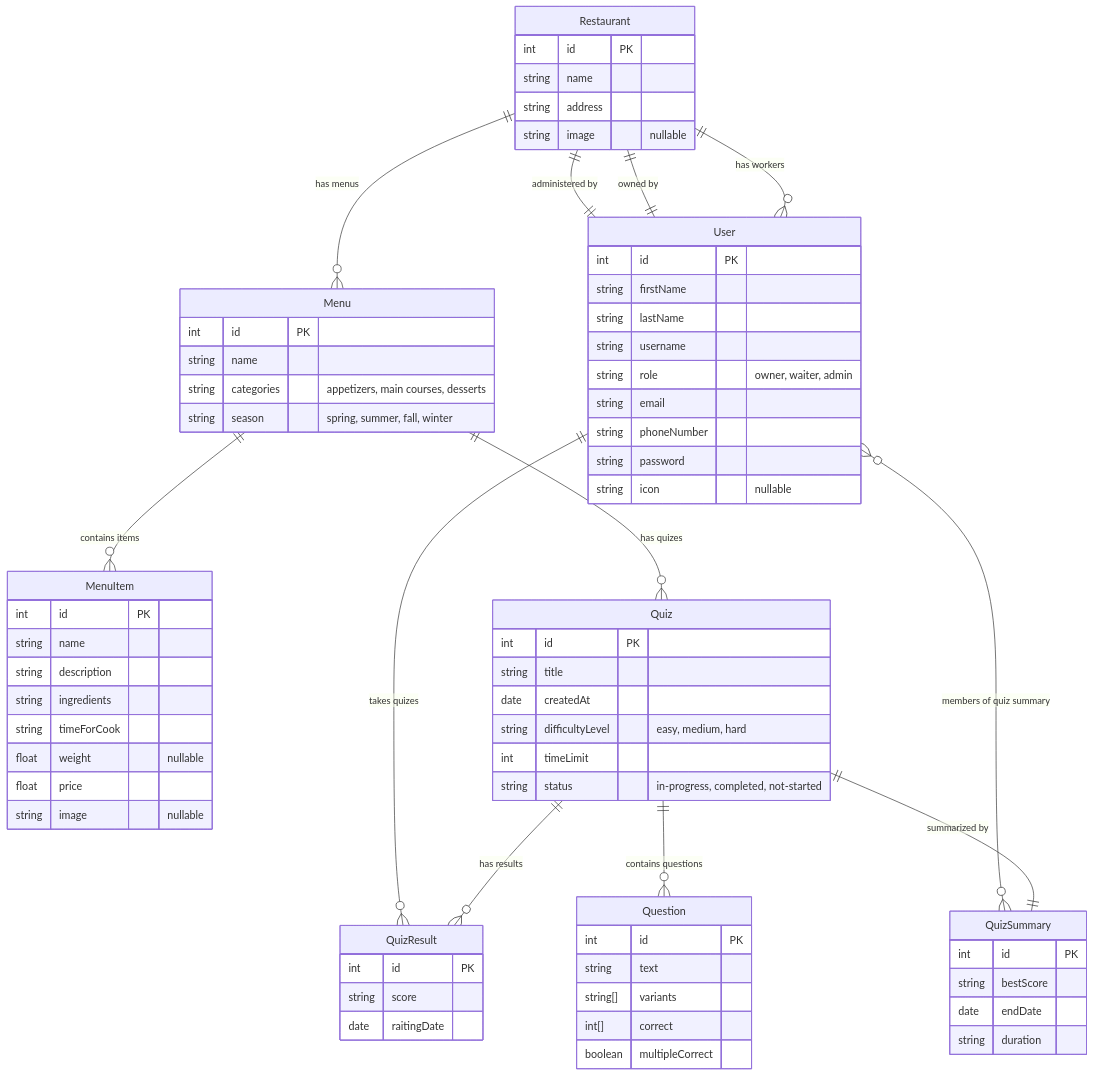
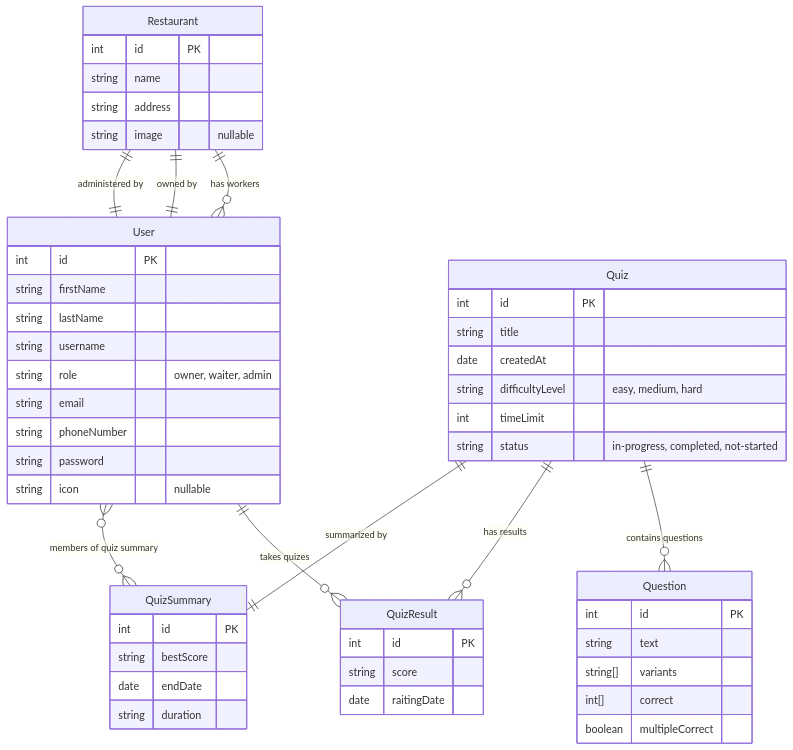
One commit to Iteam-company/restaurant-be changed the diagram in README.md. Above: the diagram before and after it, drawn with Mermaid. The commit also changed other lines of this file and 37 other files, not shown here.

```diff
--- a/README.md
+++ b/README.md
@@ -159,24 +166,6 @@
         int id PK
         string name
         string address
-        string image "nullable"
-    }
-
-    Menu {
-        int id PK
-        string name
-        string categories "appetizers, main courses, desserts"
-        string season "spring, summer, fall, winter"
-    }
-
-    MenuItem {
-        int id PK
-        string name
-        string description
-        string ingredients
-        string timeForCook
-        float weight "nullable"
-        float price
         string image "nullable"
     }
 
@@ -214,10 +203,6 @@
     Restaurant ||--o{ User : "has workers"
     Restaurant ||--|| User : "owned by"
     Restaurant ||--|| User : "administered by"
-    Restaurant ||--o{ Menu : "has menus"
-
-    Menu ||--o{ MenuItem : "contains items"
-    Menu ||--o{ Quiz : "has quizes"
 
     Quiz ||--o{ Question : "contains questions"
     Quiz ||--o{ QuizResult : "has results"
```
